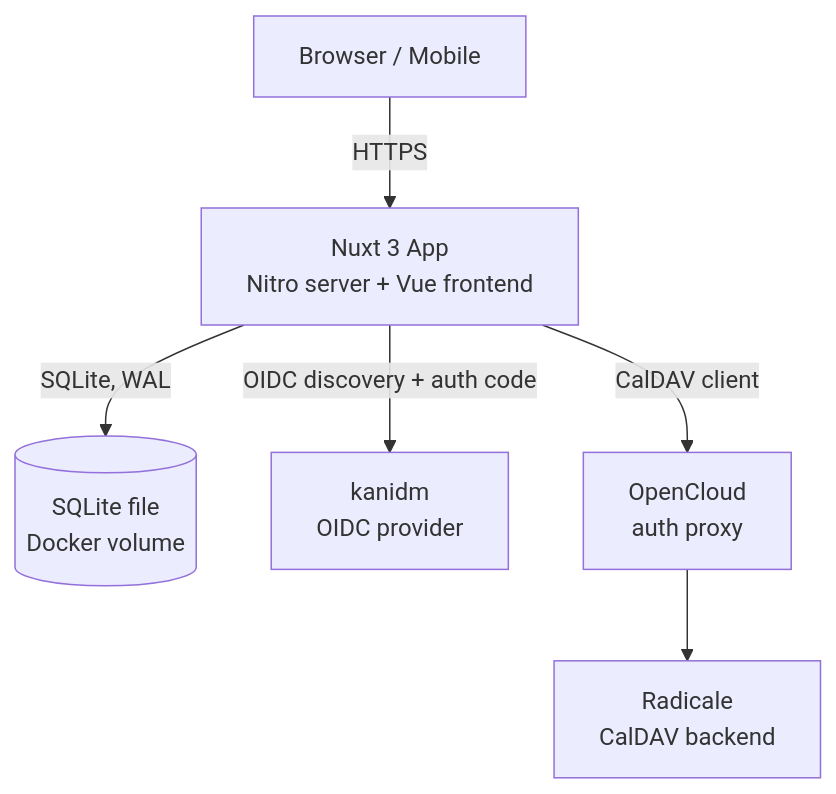
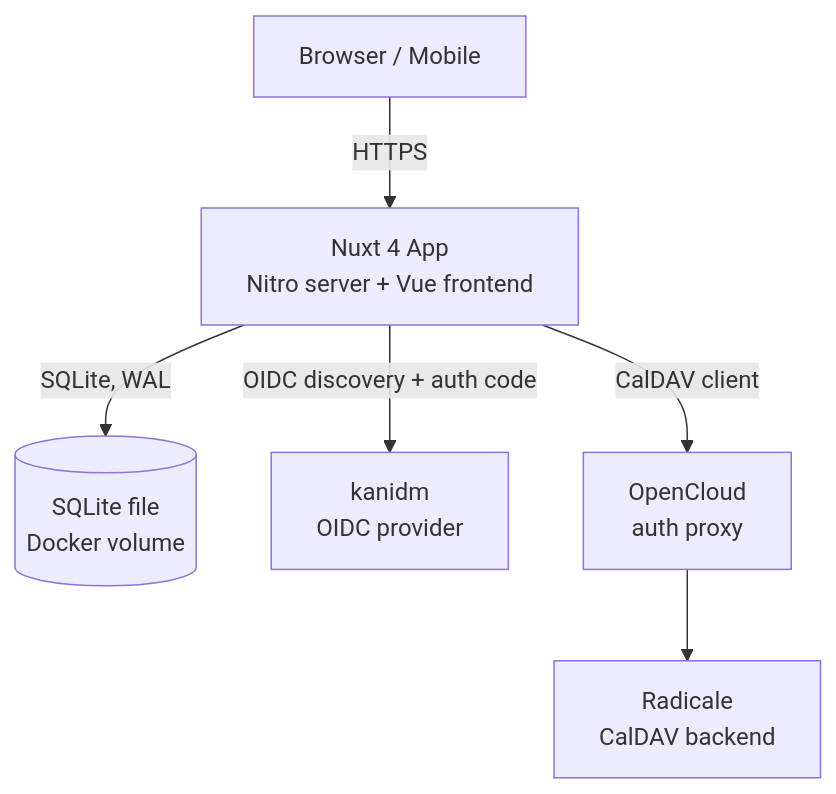
Before and after one commit to ByteSquire/web-calendar: the first of 4 diagrams in docs/design.md, drawn with Mermaid. The commit also changed other lines of this file and 13 other files, not shown here.

````diff
--- a/docs/design.md
+++ b/docs/design.md
@@ -69,9 +69,9 @@
 ```mermaid
 graph TD
     Browser[Browser / Mobile] -->|HTTPS| Nuxt
-    Nuxt[Nuxt 3 App<br/>Nitro server + Vue frontend]
+    Nuxt[Nuxt 4 App<br/>Nitro server + Vue frontend]
     Nuxt -->|SQLite, WAL| DB[(SQLite file<br/>Docker volume)]
     Nuxt -->|OIDC discovery + auth code| Kanidm[kanidm<br/>OIDC provider]
     Nuxt -->|CalDAV client| OpenCloud[OpenCloud<br/>auth proxy]
     OpenCloud --> Radicale[Radicale<br/>CalDAV backend]
 ```
````
